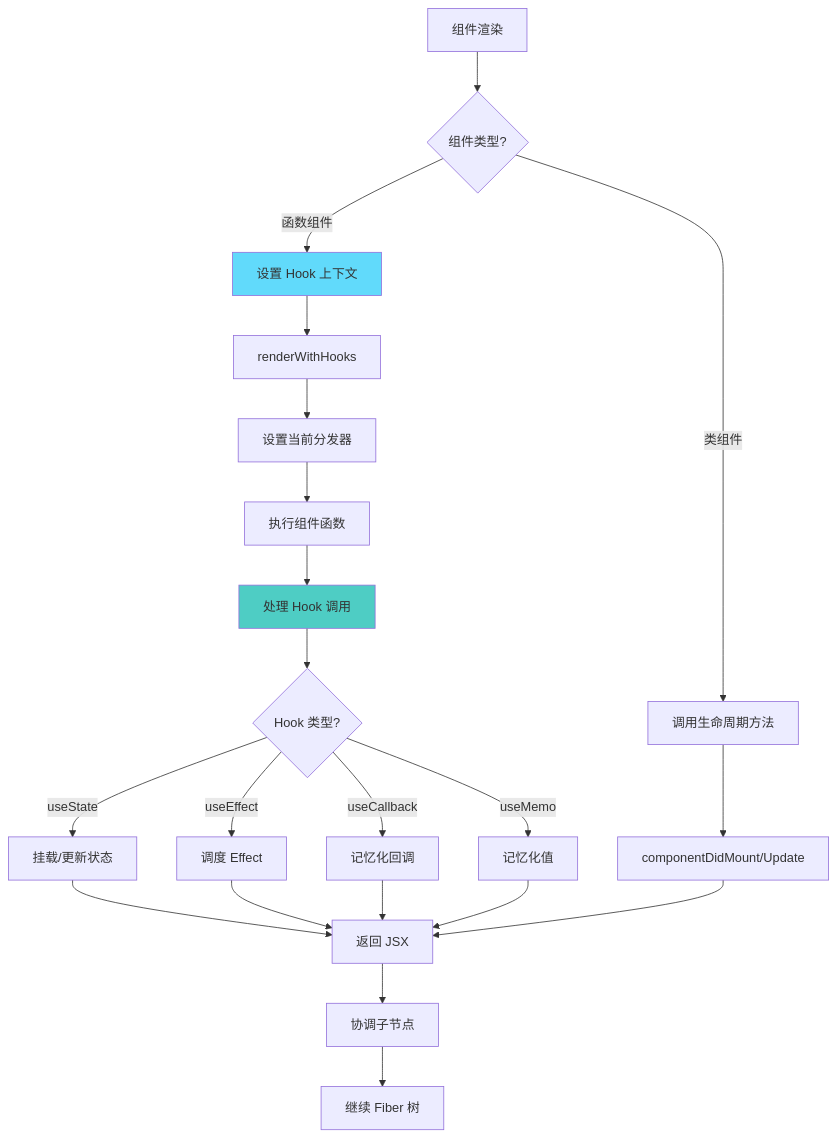
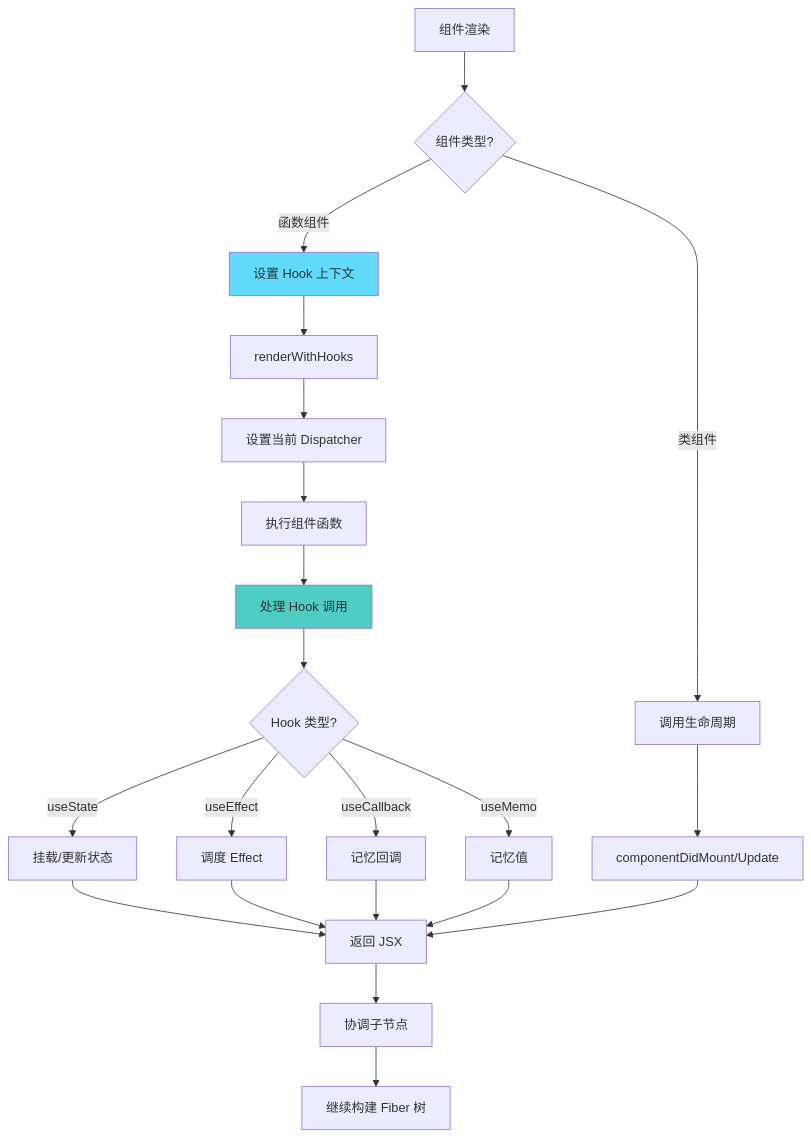
The fifth of 11 diagrams in README_CN.md (changcheng1/react18-source-implementation), drawn with Mermaid before and after one commit. The commit also changed other lines of this file, not shown here.

````diff
--- a/README_CN.md
+++ b/README_CN.md
@@ -1739,32 +870,32 @@
 ```mermaid
 flowchart TD
     A[组件渲染] --> B{组件类型?}
 
     B -->|函数组件| C[设置 Hook 上下文]
-    B -->|类组件| D[调用生命周期方法]
+    B -->|类组件| D[调用生命周期]
 
     C --> E[renderWithHooks]
-    E --> F[设置当前分发器]
+    E --> F[设置当前 Dispatcher]
     F --> G[执行组件函数]
     G --> H[处理 Hook 调用]
 
     H --> I{Hook 类型?}
     I -->|useState| J[挂载/更新状态]
     I -->|useEffect| K[调度 Effect]
-    I -->|useCallback| L[记忆化回调]
-    I -->|useMemo| M[记忆化值]
+    I -->|useCallback| L[记忆回调]
+    I -->|useMemo| M[记忆值]
 
     J --> N[返回 JSX]
     K --> N
     L --> N
     M --> N
 
     D --> O[componentDidMount/Update]
     O --> N
 
     N --> P[协调子节点]
-    P --> Q[继续 Fiber 树]
+    P --> Q[继续构建 Fiber 树]
 
     style C fill:#61dafb
     style H fill:#4ecdc4
 ```
````
